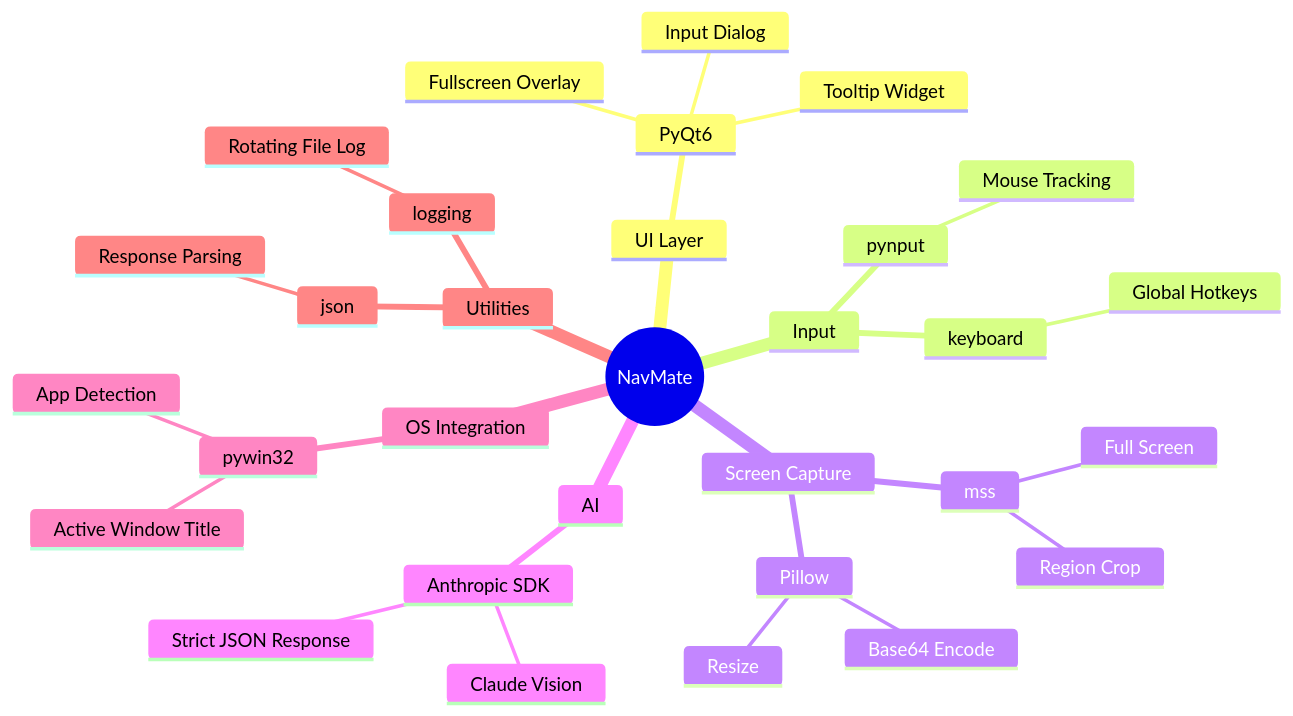
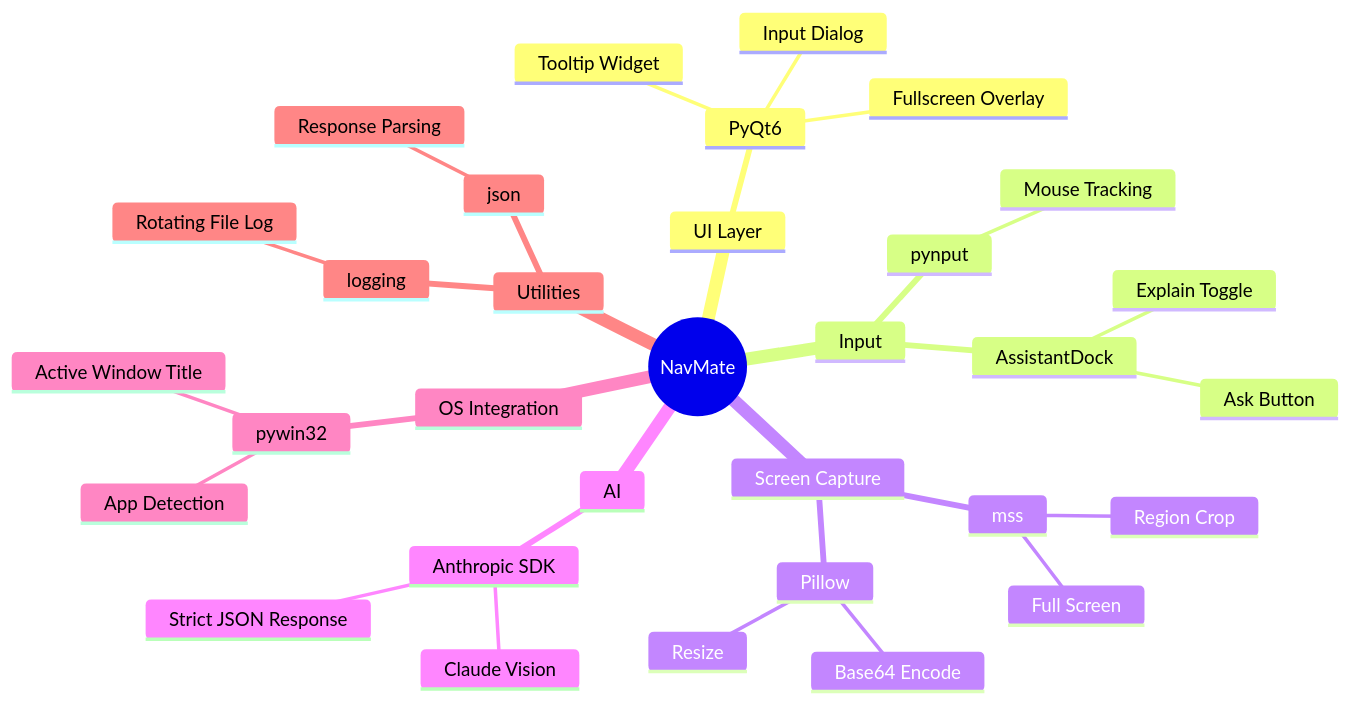
The first of 7 diagrams in DIAGRAMS.md (anjkaimal/NavMate), drawn with Mermaid before and after one commit. The commit also changed other lines of this file and 11 other files, not shown here.

````diff
--- a/DIAGRAMS.md
+++ b/DIAGRAMS.md
@@ -7,34 +7,35 @@
 ```mermaid
 mindmap
   root((NavMate))
     UI Layer
       PyQt6
         Fullscreen Overlay
         Input Dialog
         Tooltip Widget
     Input
-      keyboard
-        Global Hotkeys
       pynput
         Mouse Tracking
+      AssistantDock
+        Ask Button
+        Explain Toggle
     Screen Capture
       mss
         Full Screen
         Region Crop
       Pillow
         Resize
         Base64 Encode
     AI
       Anthropic SDK
         Claude Vision
         Strict JSON Response
     OS Integration
       pywin32
         Active Window Title
         App Detection
     Utilities
       logging
         Rotating File Log
       json
         Response Parsing
 ```
````
